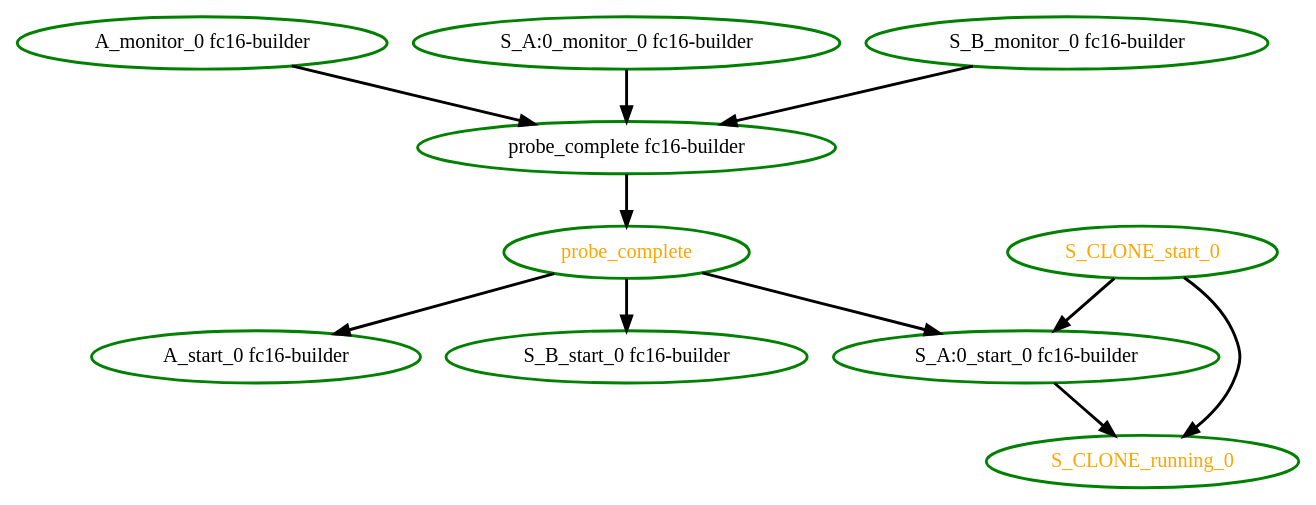
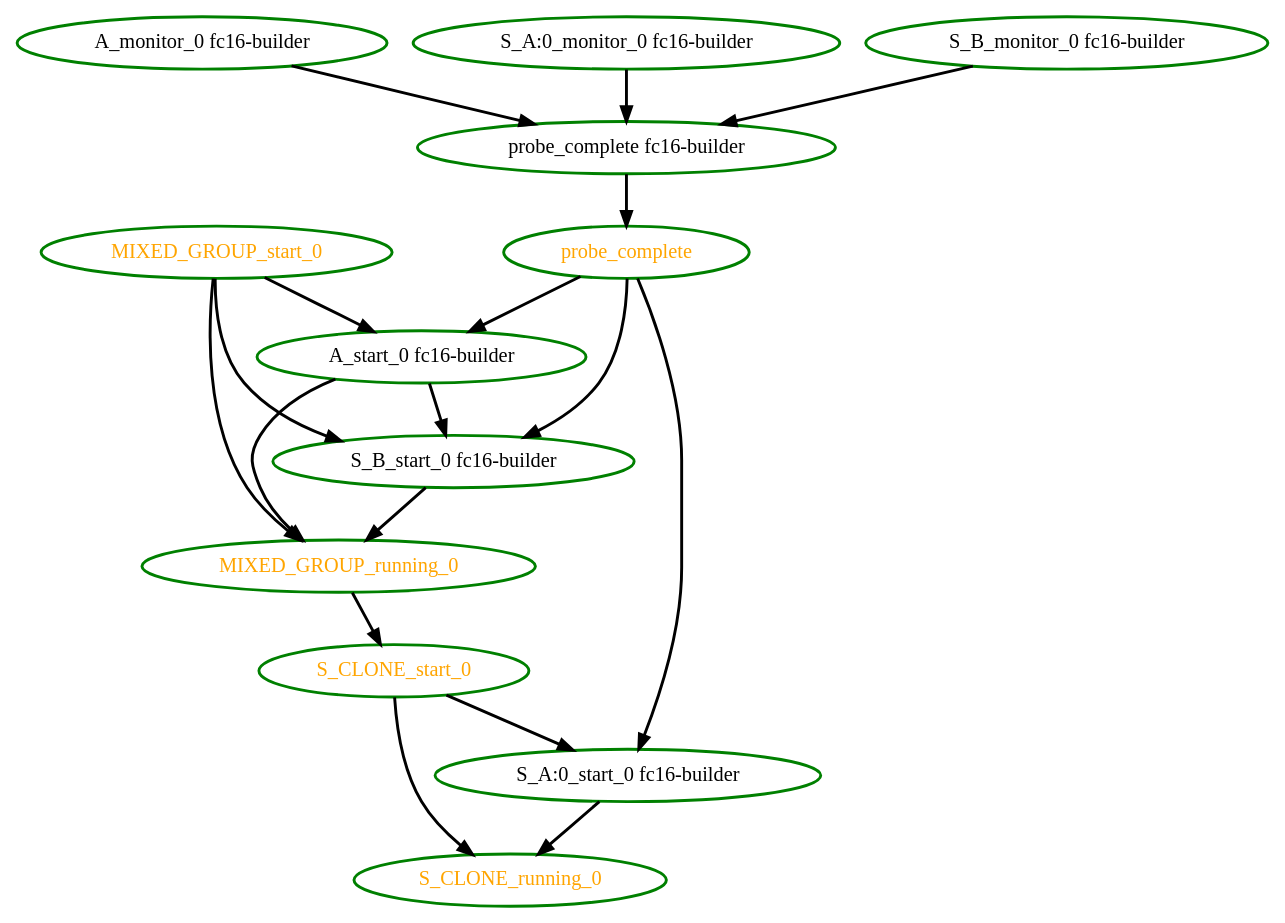
Before and after one commit to ClusterLabs/pacemaker: the diagram in pengine/test10/ignore_stonith_rsc_order3.dot, drawn with Graphviz. The commit also changed 12 other files, not shown here.

```diff
--- a/pengine/test10/ignore_stonith_rsc_order3.dot
+++ b/pengine/test10/ignore_stonith_rsc_order3.dot
@@ -1,22 +1,31 @@
  digraph "g" {
 "A_monitor_0 fc16-builder" -> "probe_complete fc16-builder" [ style = bold]
 "A_monitor_0 fc16-builder" [ style=bold color="green" fontcolor="black"]
+"A_start_0 fc16-builder" -> "MIXED_GROUP_running_0" [ style = bold]
+"A_start_0 fc16-builder" -> "S_B_start_0 fc16-builder" [ style = bold]
 "A_start_0 fc16-builder" [ style=bold color="green" fontcolor="black"]
+"MIXED_GROUP_running_0" -> "S_CLONE_start_0" [ style = bold]
+"MIXED_GROUP_running_0" [ style=bold color="green" fontcolor="orange"]
+"MIXED_GROUP_start_0" -> "A_start_0 fc16-builder" [ style = bold]
+"MIXED_GROUP_start_0" -> "MIXED_GROUP_running_0" [ style = bold]
+"MIXED_GROUP_start_0" -> "S_B_start_0 fc16-builder" [ style = bold]
+"MIXED_GROUP_start_0" [ style=bold color="green" fontcolor="orange"]
 "S_A:0_monitor_0 fc16-builder" -> "probe_complete fc16-builder" [ style = bold]
 "S_A:0_monitor_0 fc16-builder" [ style=bold color="green" fontcolor="black"]
 "S_A:0_start_0 fc16-builder" -> "S_CLONE_running_0" [ style = bold]
 "S_A:0_start_0 fc16-builder" [ style=bold color="green" fontcolor="black"]
 "S_B_monitor_0 fc16-builder" -> "probe_complete fc16-builder" [ style = bold]
 "S_B_monitor_0 fc16-builder" [ style=bold color="green" fontcolor="black"]
+"S_B_start_0 fc16-builder" -> "MIXED_GROUP_running_0" [ style = bold]
 "S_B_start_0 fc16-builder" [ style=bold color="green" fontcolor="black"]
 "S_CLONE_running_0" [ style=bold color="green" fontcolor="orange"]
 "S_CLONE_start_0" -> "S_A:0_start_0 fc16-builder" [ style = bold]
 "S_CLONE_start_0" -> "S_CLONE_running_0" [ style = bold]
 "S_CLONE_start_0" [ style=bold color="green" fontcolor="orange"]
 "probe_complete fc16-builder" -> "probe_complete" [ style = bold]
 "probe_complete fc16-builder" [ style=bold color="green" fontcolor="black"]
 "probe_complete" -> "A_start_0 fc16-builder" [ style = bold]
 "probe_complete" -> "S_A:0_start_0 fc16-builder" [ style = bold]
 "probe_complete" -> "S_B_start_0 fc16-builder" [ style = bold]
 "probe_complete" [ style=bold color="green" fontcolor="orange"]
 }
```
